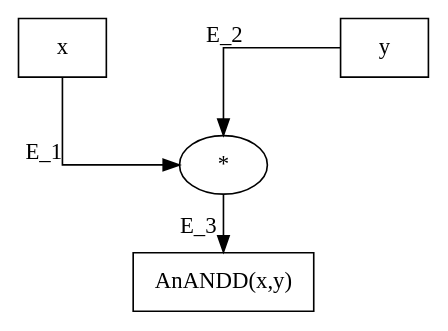
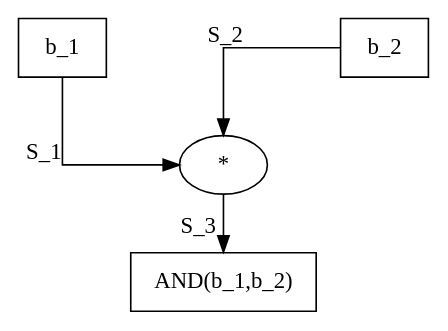
The diagram in BOOLAND.dot (LeastAuthority/moonmath-manual), drawn with Graphviz before and after one commit. The commit also changed 54 other files, not shown here.

```diff
--- a/BOOLAND.dot
+++ b/BOOLAND.dot
@@ -1,17 +1,17 @@
 digraph BOOLAND {
 	graph [center=true,
 		forcelabels=true,
 		nodesep=2.0,
 		splines=ortho
 	];
-	nAND1	[label=x,
+	nAND1	[label=b_1,
 		shape=box];
 	nAND3	[label="*"];
-	nAND1 -> nAND3	[xlabel="E_1 "];
-	nAND4	[label="AnANDD(x,y)",
+	nAND1 -> nAND3	[xlabel="S_1 "];
+	nAND4	[label="AND(b_1,b_2)",
 		shape=box];
-	nAND3 -> nAND4	[xlabel="E_3 "];
-	nAND2	[label=y,
+	nAND3 -> nAND4	[xlabel="S_3 "];
+	nAND2	[label=b_2,
 		shape=box];
-	nAND2 -> nAND3	[xlabel=E_2];
+	nAND2 -> nAND3	[xlabel=S_2];
 }
```
